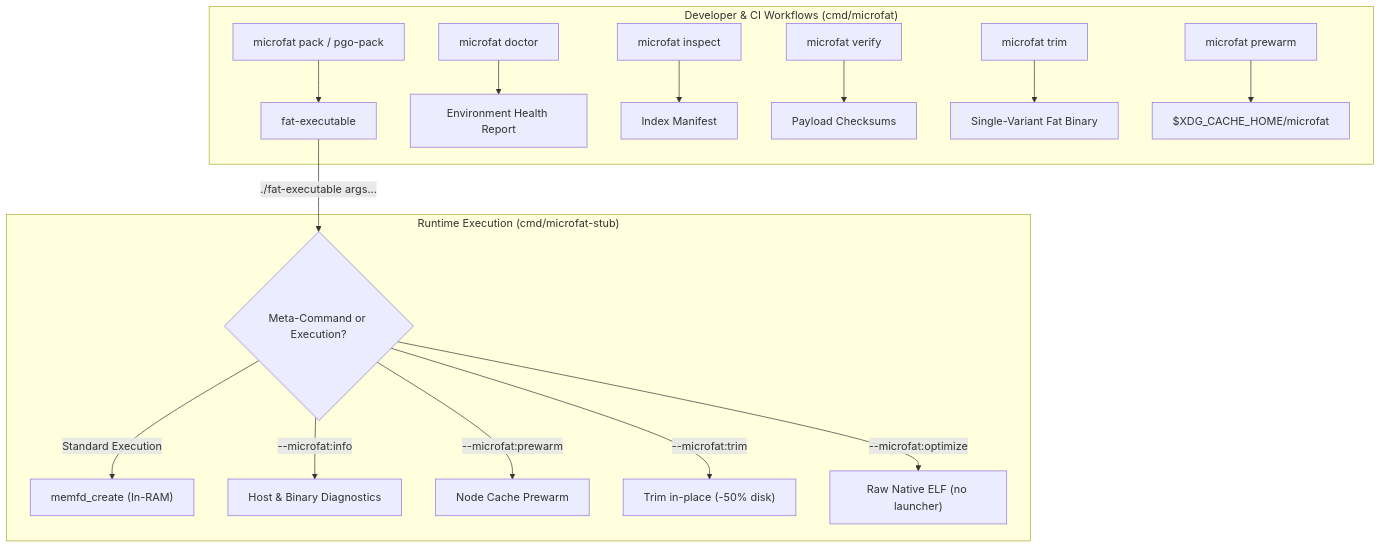
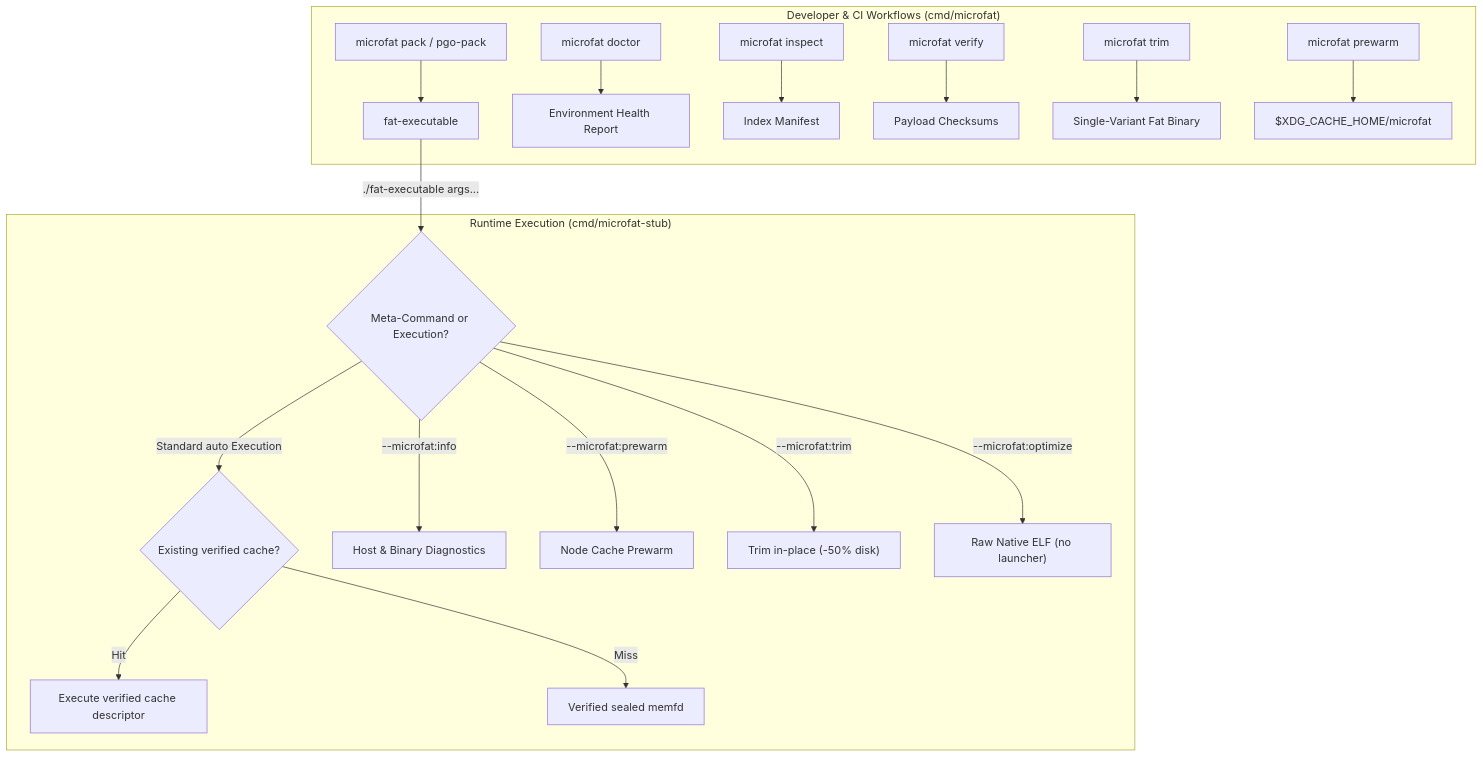
One commit to EpicBlackWolfZ/microfat changed the diagram in docs/cli-reference.md. Above: the diagram before and after it, drawn with Mermaid. The commit also changed other lines of this file and 28 other files, not shown here.

````diff
--- a/docs/cli-reference.md
+++ b/docs/cli-reference.md
@@ -24,20 +24,22 @@
 ```mermaid
 flowchart TD
     subgraph DeveloperWorkflows ["Developer & CI Workflows (cmd/microfat)"]
         A["microfat pack / pgo-pack"] --> Fat["fat-executable"]
         B["microfat doctor"] --> Diag["Environment Health Report"]
         C["microfat inspect"] --> Manifest["Index Manifest"]
         D["microfat verify"] --> Integrity["Payload Checksums"]
         E["microfat trim"] --> Trimmed["Single-Variant Fat Binary"]
         F["microfat prewarm"] --> PrewarmedCache["$XDG_CACHE_HOME/microfat"]
     end
 
     subgraph RuntimeDispatches ["Runtime Execution (cmd/microfat-stub)"]
         Fat -->|./fat-executable args...| Dispatch{"Meta-Command or Execution?"}
-        Dispatch -->|Standard Execution| RAM["memfd_create (In-RAM)"]
+        Dispatch -->|Standard auto Execution| ExistingCache{"Existing verified cache?"}
+        ExistingCache -->|Hit| CachedExec["Execute verified cache descriptor"]
+        ExistingCache -->|Miss| RAM["Verified sealed memfd"]
         Dispatch -->|--microfat:info| Info["Host & Binary Diagnostics"]
         Dispatch -->|--microfat:prewarm| Cache["Node Cache Prewarm"]
         Dispatch -->|--microfat:trim| InPlaceTrim["Trim in-place (-50% disk)"]
         Dispatch -->|--microfat:optimize| NativeELF["Raw Native ELF (no launcher)"]
     end
 ```
````
